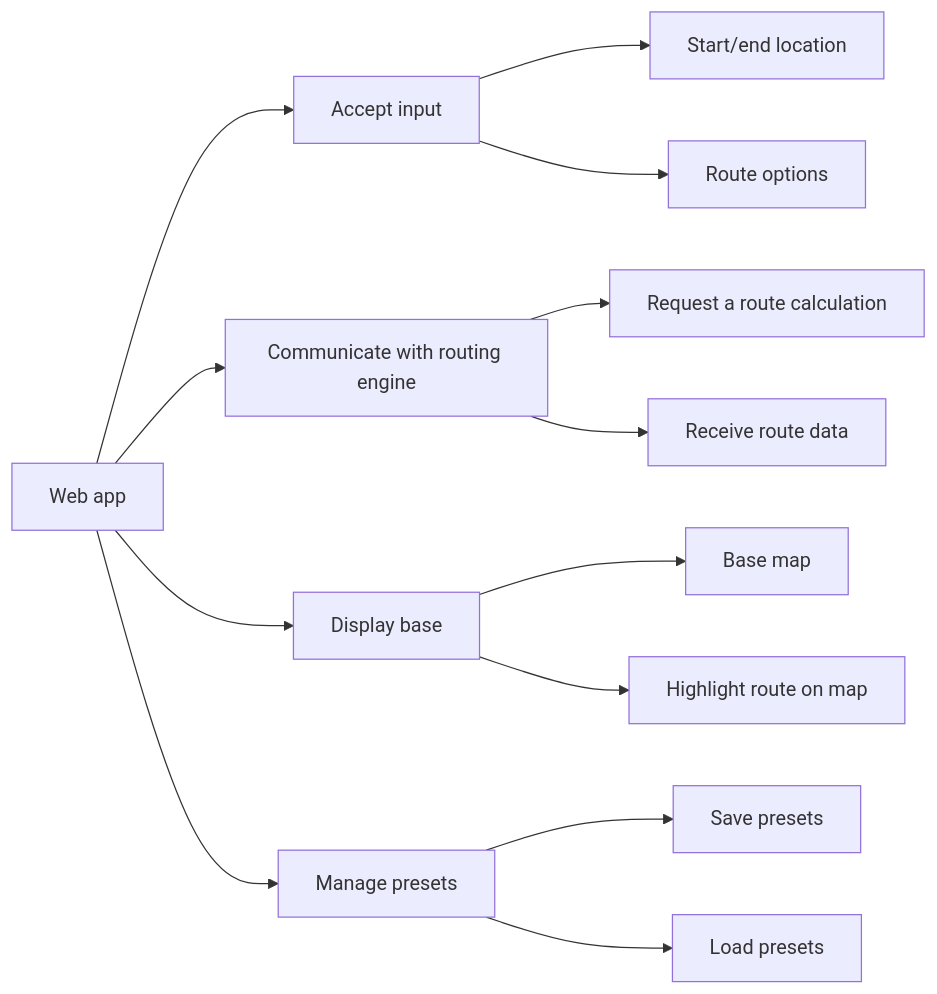
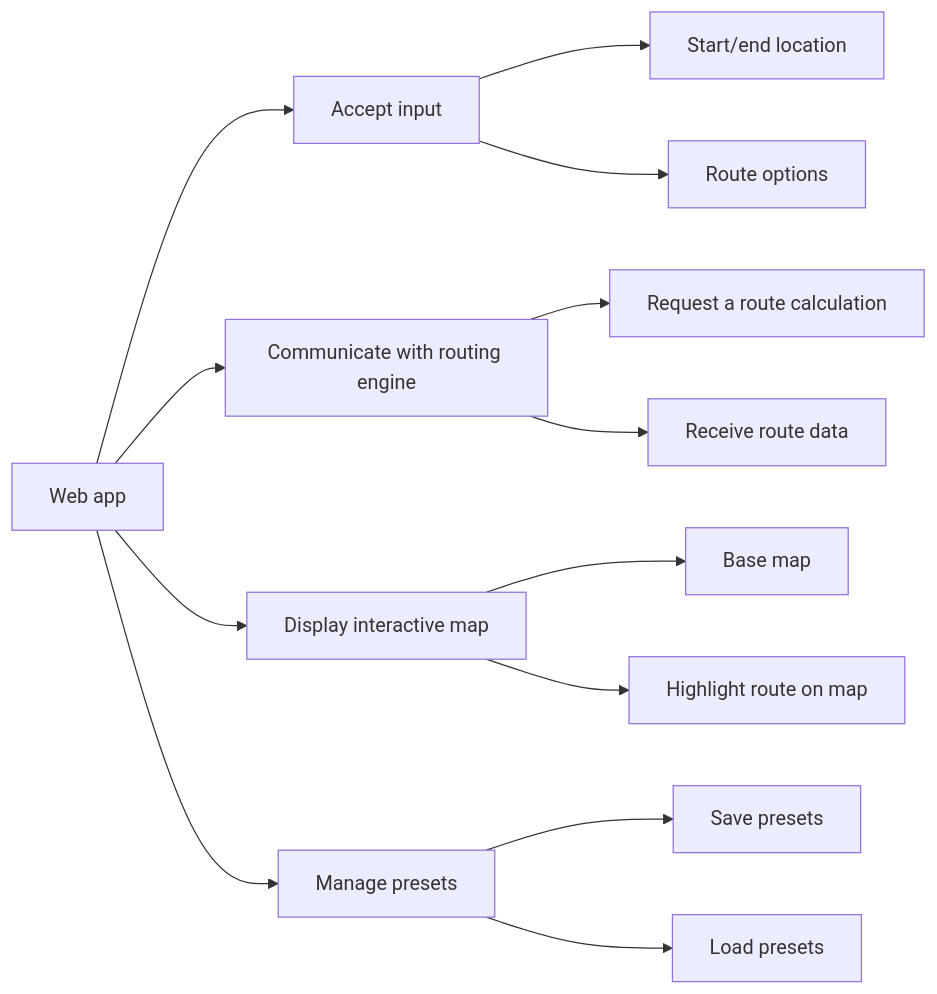
Before and after one commit to RandomSearch18/a-level-project: the second of 2 diagrams in docs/readme.md, drawn with Mermaid. The commit also changed other lines of this file, not shown here.

Commit message:
Program structure diagrams: + Routing engine structure

````diff
--- a/docs/readme.md
+++ b/docs/readme.md
@@ -820,16 +837,16 @@
 ```mermaid
 graph LR
   A[Web app]
   A --> B[Accept input]
     B --> BA[Start/end location]
     B --> BB[Route options]
   A --> C[Communicate with routing engine]
     C --> CA[Request a route calculation]
     C --> CB[Receive route data]
-  A --> D[Display base]
+  A --> D[Display interactive map]
     D --> DA[Base map]
     D --> DB[Highlight route on map]
   A --> E[Manage presets]
     E --> EA[Save presets]
     E --> EB[Load presets]
 ```
````
